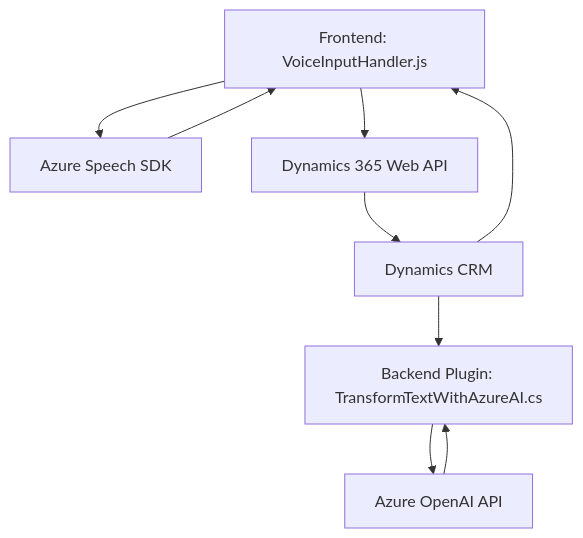
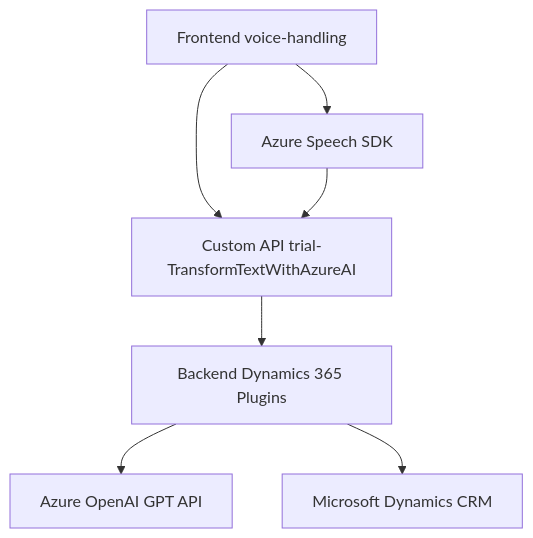
Before and after one commit to blopezdm/NETCORE_BILBAO2025: the diagram in README.md, drawn with Mermaid. The commit also changed other lines of this file, not shown here.

````diff
--- a/README.md
+++ b/README.md
@@ -52,11 +39,9 @@
 ```mermaid
 graph TD
-  A["Frontend: VoiceInputHandler.js"] --> B["Azure Speech SDK"]
-  A --> C["Dynamics 365 Web API"]
-  C --> D["Dynamics CRM"]
-  B --> A
-  D --> E["Backend Plugin: TransformTextWithAzureAI.cs"]
-  E --> F["Azure OpenAI API"]
-  F --> E
-  D --> A
+    A[Frontend voice-handling] --> B[Azure Speech SDK]
+    A --> C[Custom API trial-TransformTextWithAzureAI]
+    B --> C
+    C --> D[Backend Dynamics 365 Plugins]
+    D --> E["Azure OpenAI GPT API"]
+    D --> F["Microsoft Dynamics CRM"]
 ```
````
